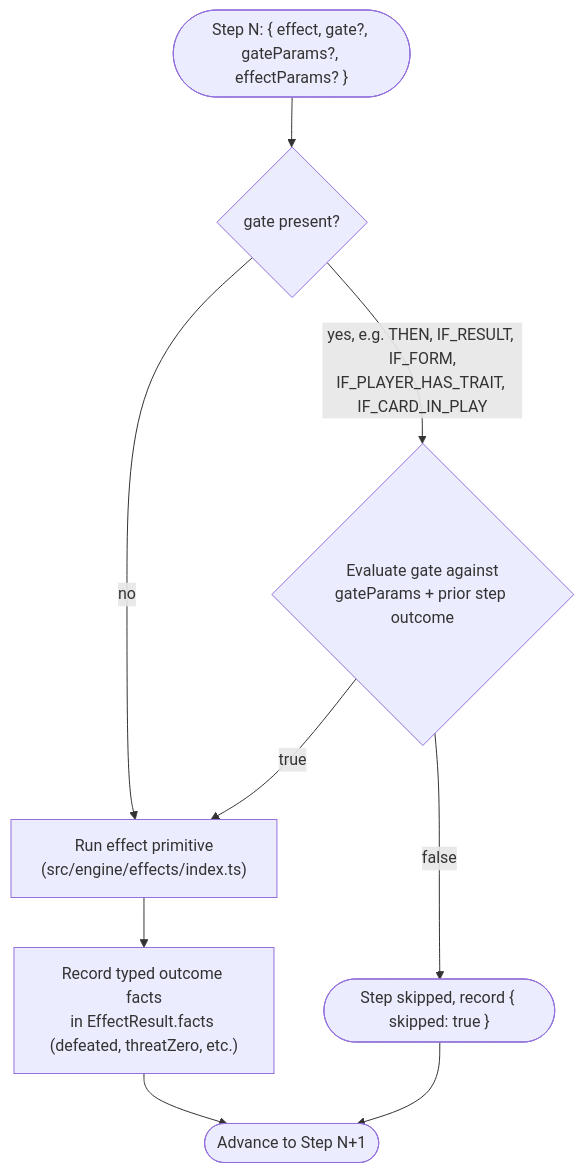
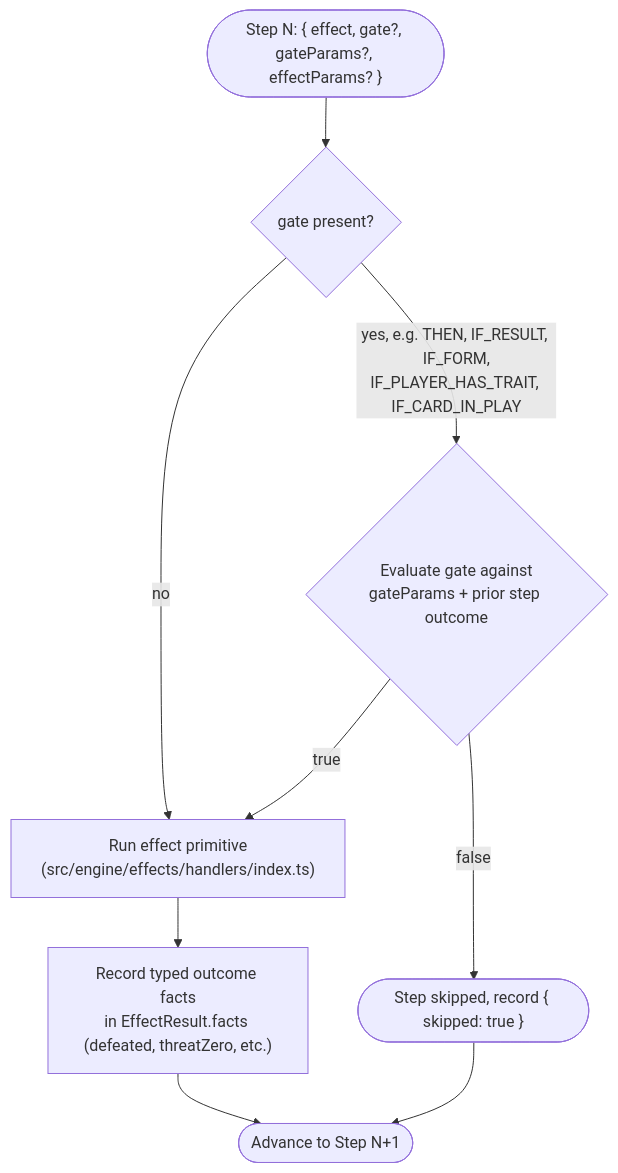
One commit to SteveRodrigue/MCD changed the second of 3 diagrams in docs/visual-guides/02-ability-lifecycle.md. Above: the diagram before and after it, drawn with Mermaid. The commit also changed 3 other files, not shown here.

````diff
--- a/docs/visual-guides/02-ability-lifecycle.md
+++ b/docs/visual-guides/02-ability-lifecycle.md
@@ -33,11 +33,11 @@
 ```mermaid
 flowchart TD
     Step(["Step N: { effect, gate?, gateParams?, effectParams? }"]) --> GateCheck{"gate present?"}
-    GateCheck -->|"no"| Run["Run effect primitive<br/>(src/engine/effects/index.ts)"]
+    GateCheck -->|"no"| Run["Run effect primitive<br/>(src/engine/effects/handlers/index.ts)"]
     GateCheck -->|"yes, e.g. THEN, IF_RESULT, IF_FORM,<br/>IF_PLAYER_HAS_TRAIT, IF_CARD_IN_PLAY"| Eval{"Evaluate gate against<br/>gateParams + prior step outcome"}
     Eval -->|false| Skip(["Step skipped, record { skipped: true }"])
     Eval -->|true| Run
     Run --> Record["Record typed outcome facts<br/>in EffectResult.facts (defeated, threatZero, etc.)"]
     Record --> Next(["Advance to Step N+1"])
     Skip --> Next
 ```
````
